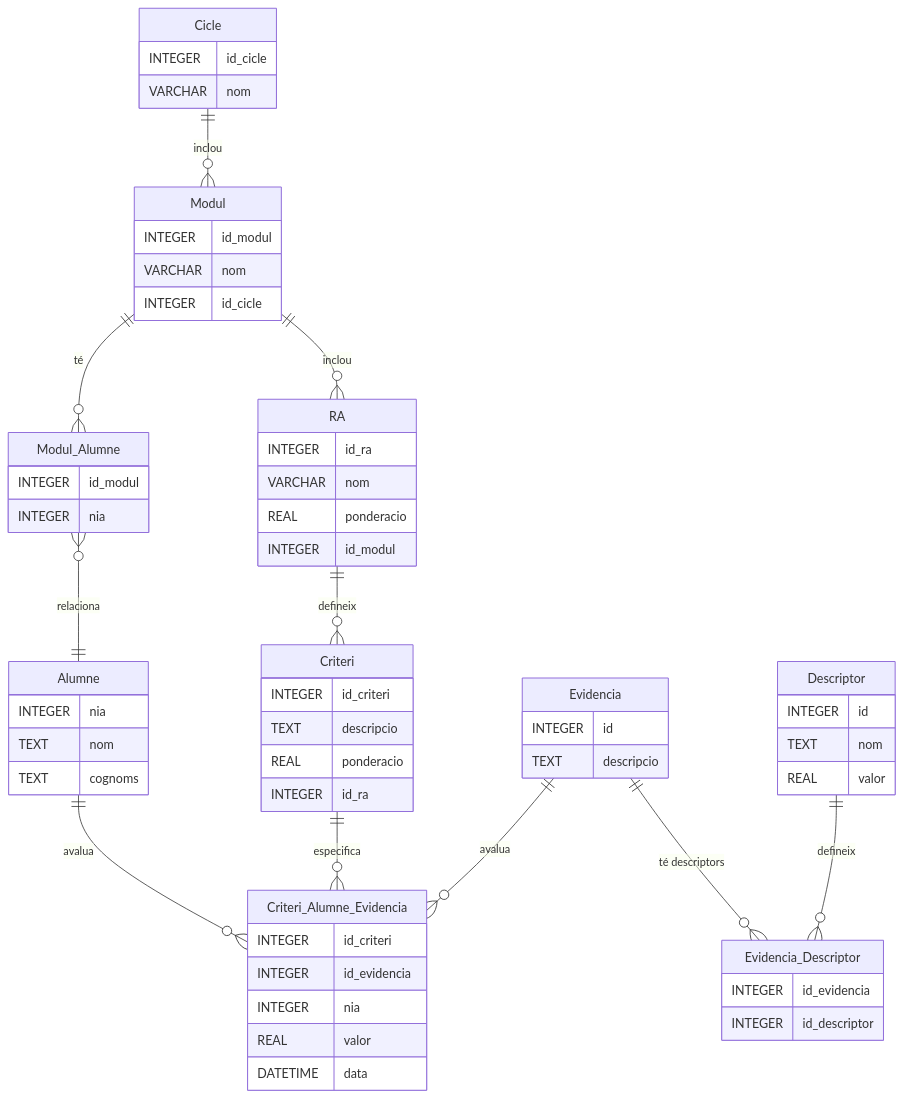
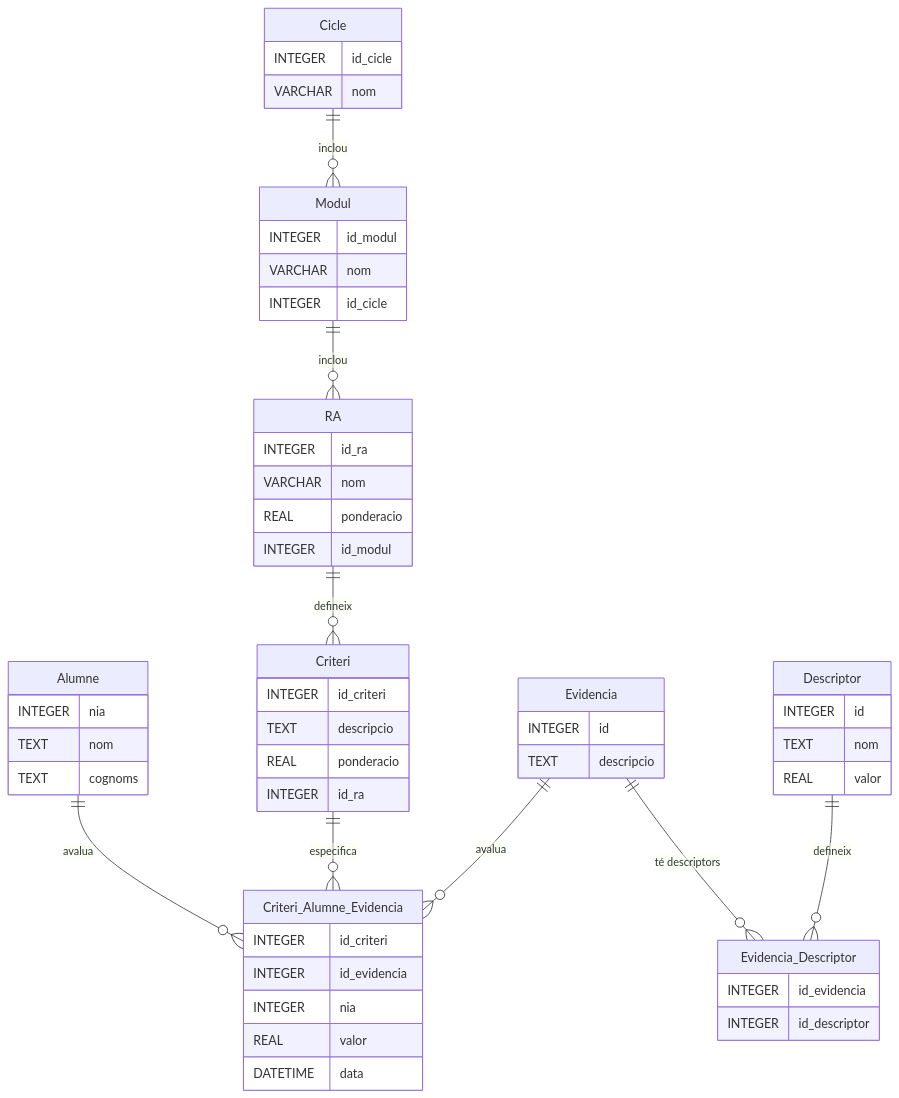
Before and after one commit to juatafe/avaluar: the diagram in README.md, drawn with Mermaid.

Commit message:
Actualitzar el diagrama de flux al README: eliminar entitats innecessàries per a una millor claredat del model de dades.

````diff
--- a/README.md
+++ b/README.md
@@ -81,76 +81,69 @@
 ```mermaid
 erDiagram
     %% Entitats principals
     Cicle {
         INTEGER id_cicle
         VARCHAR nom
     }
 
     Modul {
         INTEGER id_modul
         VARCHAR nom
         INTEGER id_cicle
     }
 
     RA {
         INTEGER id_ra
         VARCHAR nom
         REAL ponderacio
         INTEGER id_modul
     }
 
     Criteri {
         INTEGER id_criteri
         TEXT descripcio
         REAL ponderacio
         INTEGER id_ra
     }
 
     Alumne {
         INTEGER nia
         TEXT nom
         TEXT cognoms
     }
 
     Evidencia {
         INTEGER id
         TEXT descripcio
     }
 
     Descriptor {
         INTEGER id
         TEXT nom
         REAL valor
     }
 
-    Modul_Alumne {
-        INTEGER id_modul
-        INTEGER nia
-    }
-
     Evidencia_Descriptor {
         INTEGER id_evidencia
         INTEGER id_descriptor
     }
 
     Criteri_Alumne_Evidencia {
         INTEGER id_criteri
         INTEGER id_evidencia
         INTEGER nia
         REAL valor
         DATETIME data
     }
 
     %% Relacions
     Cicle ||--o{ Modul : "inclou"
     Modul ||--o{ RA : "inclou"
     RA ||--o{ Criteri : "defineix"
-    Modul ||--o{ Modul_Alumne : "té"
-    Modul_Alumne }o--|| Alumne : "relaciona"
     Alumne ||--o{ Criteri_Alumne_Evidencia : "avalua"
     Evidencia ||--o{ Evidencia_Descriptor : "té descriptors"
     Descriptor ||--o{ Evidencia_Descriptor : "defineix"
     Criteri ||--o{ Criteri_Alumne_Evidencia : "especifica"
     Evidencia ||--o{ Criteri_Alumne_Evidencia : "avalua"
 
 ``` 
````
